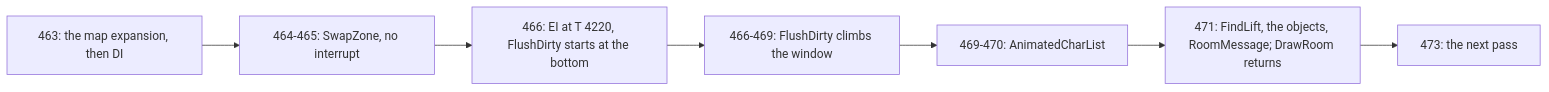
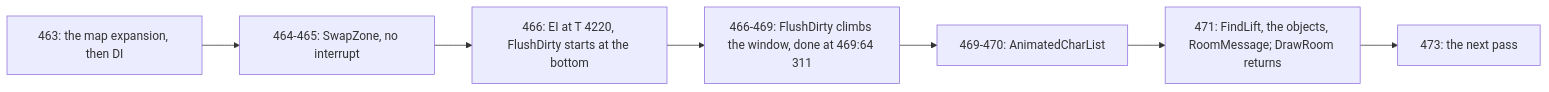
The fourth of 4 diagrams in games/mask-iii/docs/04-game-loop.md (alfishe/unrealng-reverse-cases), drawn with Mermaid before and after one commit. The commit also changed other lines of this file and 20 other files, not shown here.

````diff
--- a/games/mask-iii/docs/04-game-loop.md
+++ b/games/mask-iii/docs/04-game-loop.md
@@ -567,9 +586,9 @@
 ```mermaid
 flowchart LR
     F463["463: the map expansion, then DI"] --> F464["464-465: SwapZone, no interrupt"]
     F464 --> F466["466: EI at T 4220, FlushDirty starts at the bottom"]
-    F466 --> F469["466-469: FlushDirty climbs the window"]
+    F466 --> F469["466-469: FlushDirty climbs the window, done at 469:64 311"]
     F469 --> F470["469-470: AnimatedCharList"]
     F470 --> F471["471: FindLift, the objects, RoomMessage; DrawRoom returns"]
     F471 --> F473["473: the next pass"]
 ```
````
